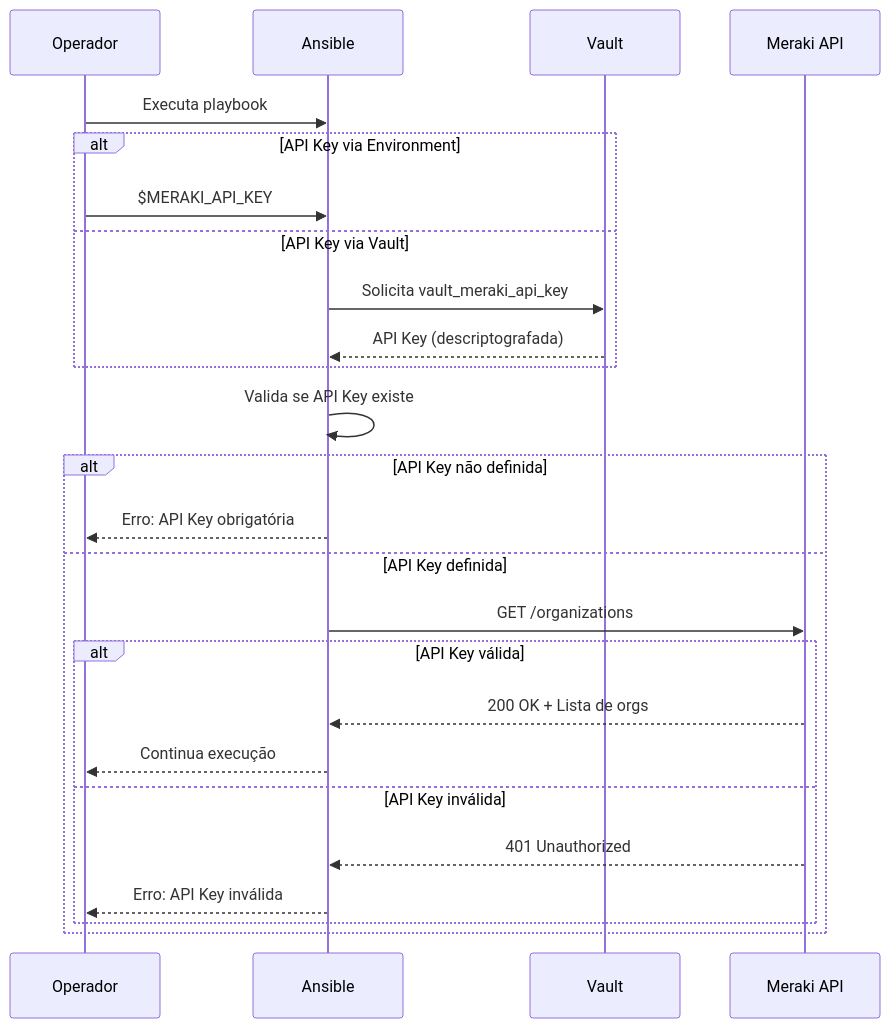
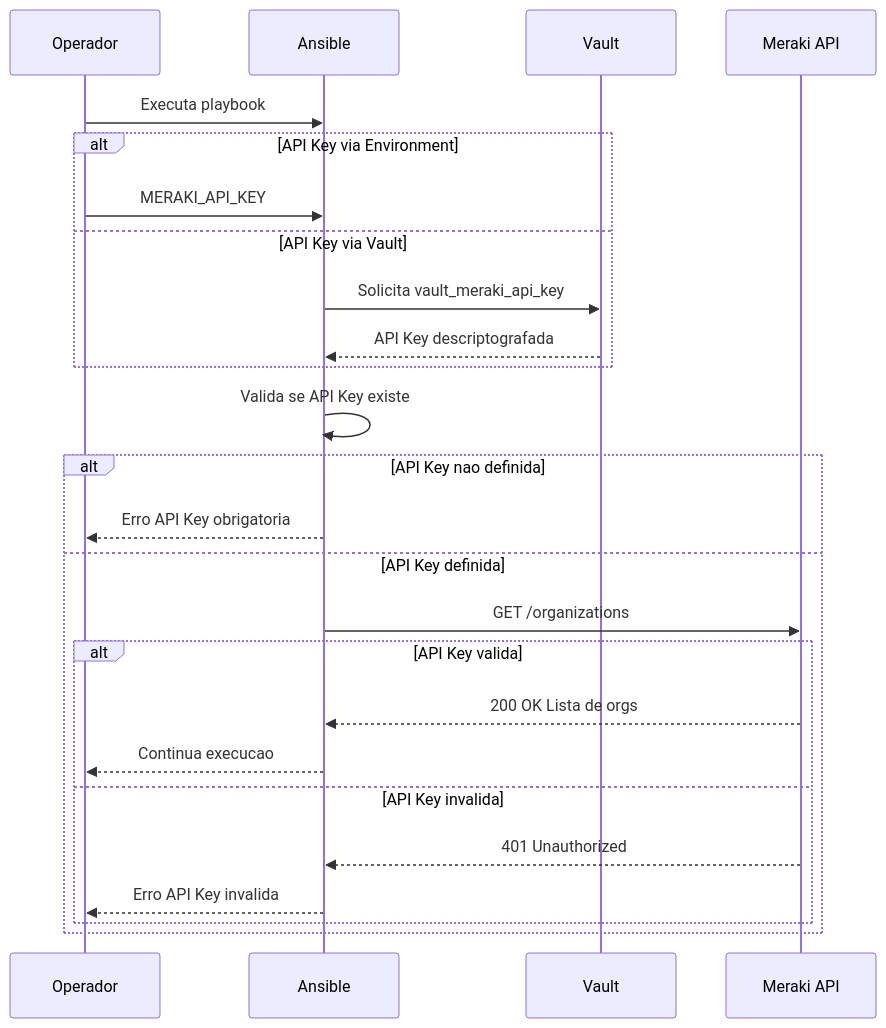
Before and after one commit to rodrigo-freitas-com/meraki-ansible: the fourth of 13 diagrams in docs/system-modeling.md, drawn with Mermaid. The commit also changed other lines of this file, not shown here.

````diff
--- a/docs/system-modeling.md
+++ b/docs/system-modeling.md
@@ -161,32 +161,32 @@
 ```mermaid
 sequenceDiagram
     participant O as Operador
     participant A as Ansible
     participant V as Vault
     participant M as Meraki API
 
     O->>A: Executa playbook
 
     alt API Key via Environment
-        O->>A: $MERAKI_API_KEY
+        O->>A: MERAKI_API_KEY
     else API Key via Vault
         A->>V: Solicita vault_meraki_api_key
-        V-->>A: API Key (descriptografada)
+        V-->>A: API Key descriptografada
     end
 
     A->>A: Valida se API Key existe
 
-    alt API Key não definida
-        A-->>O: Erro: API Key obrigatória
+    alt API Key nao definida
+        A-->>O: Erro API Key obrigatoria
     else API Key definida
         A->>M: GET /organizations
 
-        alt API Key válida
-            M-->>A: 200 OK + Lista de orgs
-            A-->>O: Continua execução
-        else API Key inválida
+        alt API Key valida
+            M-->>A: 200 OK Lista de orgs
+            A-->>O: Continua execucao
+        else API Key invalida
             M-->>A: 401 Unauthorized
-            A-->>O: Erro: API Key inválida
+            A-->>O: Erro API Key invalida
         end
     end
 ```
````
